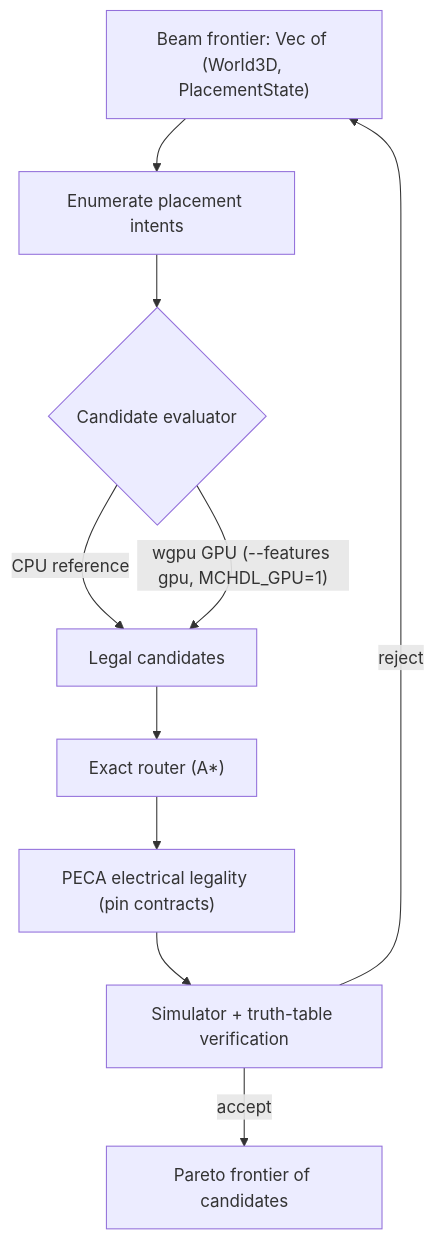
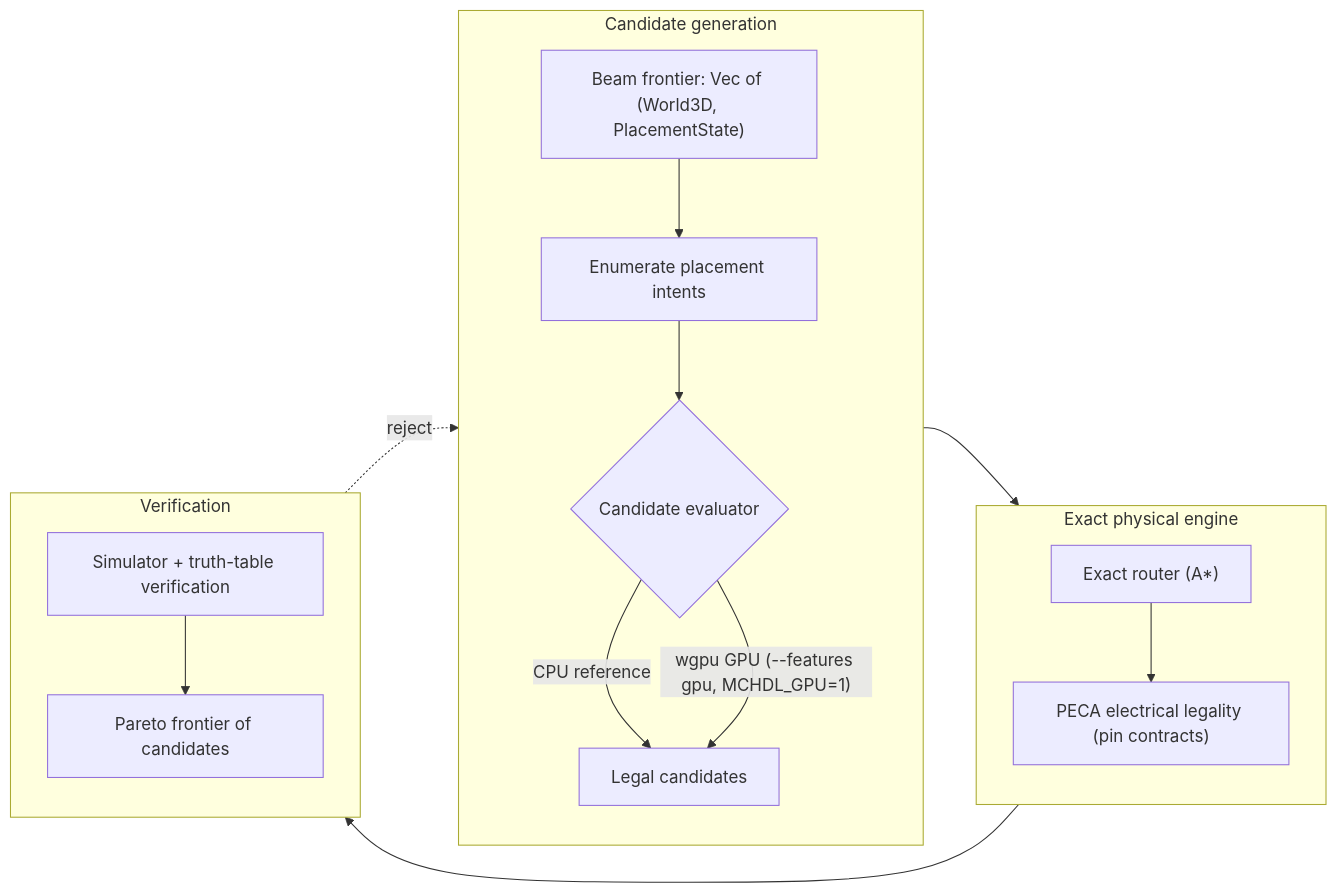
Before and after one commit to MineRealms/RedstoneTranslator: the second of 2 diagrams in README.md, drawn with Mermaid. The commit also changed other lines of this file and 1 other file, not shown here.

Commit message:
Lay out the README diagrams in compact vertical columns
Both Mermaid diagrams now use LR with per-subgraph direction TB, so each stage is a vertical column instead of one long strip; the diagrams fit portrait screens without a long horizontal scroll.

````diff
--- a/README.md
+++ b/README.md
@@ -47,12 +50,21 @@
 ```mermaid
-flowchart TD
-    A["Beam frontier: Vec of (World3D, PlacementState)"] --> B["Enumerate placement intents"]
-    B --> D{"Candidate evaluator"}
-    D -->|"CPU reference"| E["Legal candidates"]
-    D -->|"wgpu GPU (--features gpu, MCHDL_GPU=1)"| E
-    E --> F["Exact router (A*)"]
-    F --> G["PECA electrical legality (pin contracts)"]
-    G --> H["Simulator + truth-table verification"]
-    H -->|accept| I["Pareto frontier of candidates"]
-    H -->|reject| A
+flowchart LR
+    subgraph gen["Candidate generation"]
+        direction TB
+        A["Beam frontier: Vec of (World3D, PlacementState)"] --> B["Enumerate placement intents"]
+        B --> D{"Candidate evaluator"}
+        D -->|"CPU reference"| E["Legal candidates"]
+        D -->|"wgpu GPU (--features gpu, MCHDL_GPU=1)"| E
+    end
+    subgraph exact["Exact physical engine"]
+        direction TB
+        F["Exact router (A*)"] --> G["PECA electrical legality (pin contracts)"]
+    end
+    subgraph verify2["Verification"]
+        direction TB
+        H["Simulator + truth-table verification"] --> I["Pareto frontier of candidates"]
+    end
+    E --> F
+    G --> H
+    I -.->|reject| A
 ```
````
